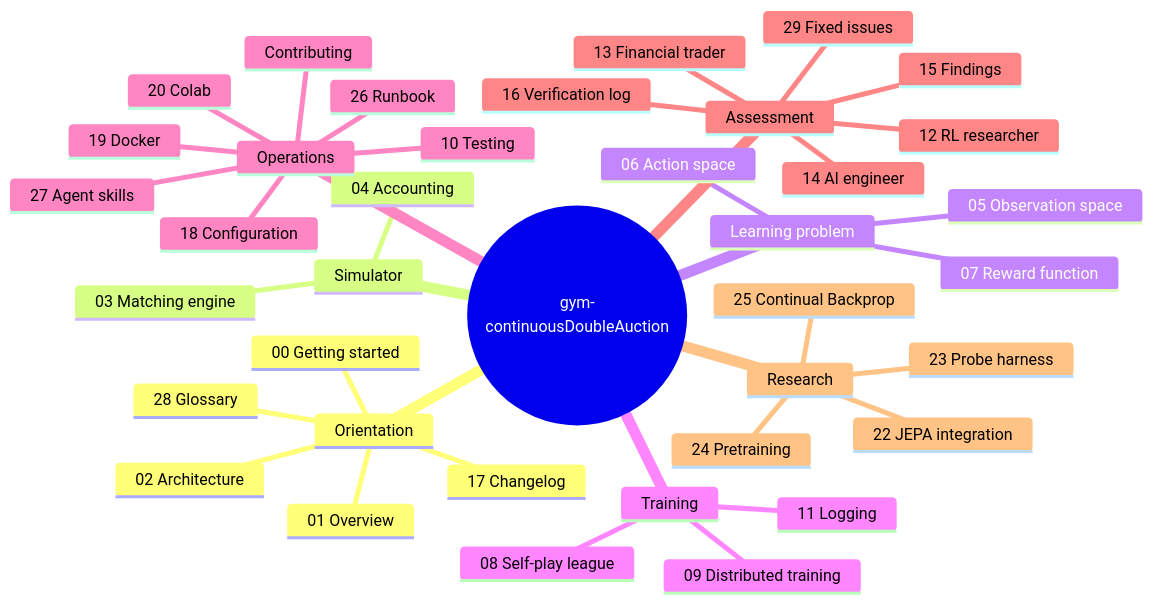
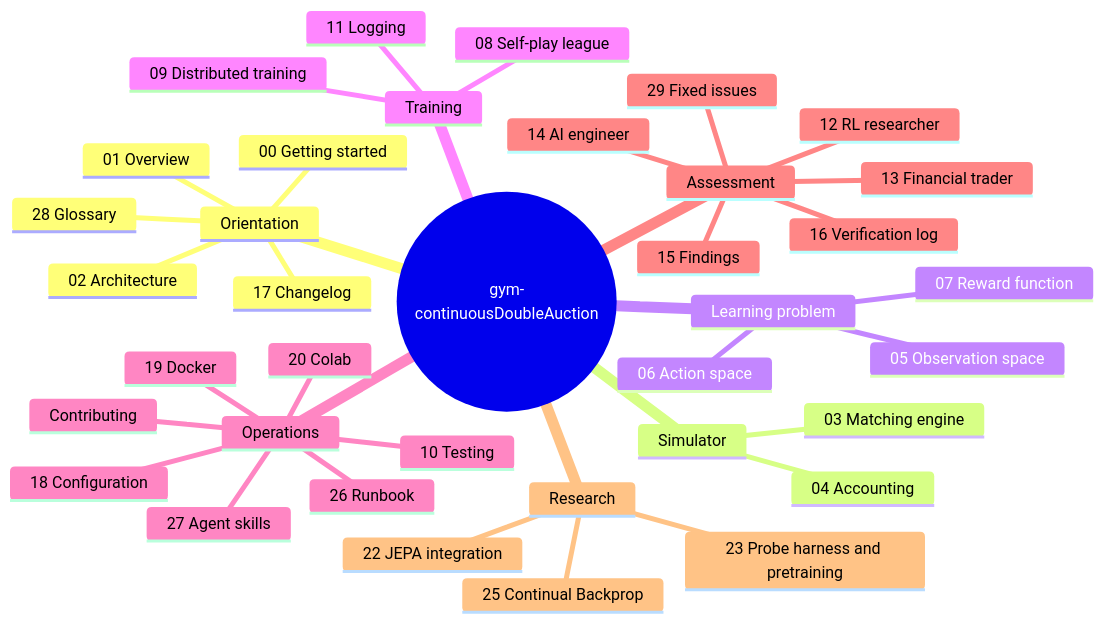
Before and after one commit to ChuaCheowHuan/gym-continuousDoubleAuction: the diagram in docs/map.md, drawn with Mermaid. The commit also changed other lines of this file and 15 other files, not shown here.

````diff
--- a/docs/map.md
+++ b/docs/map.md
@@ -9,41 +9,40 @@
 ```mermaid
 mindmap
   root(("gym-continuousDoubleAuction"))
     Orientation
       00 Getting started
       01 Overview
       02 Architecture
       28 Glossary
       17 Changelog
     Simulator
       03 Matching engine
       04 Accounting
     Learning problem
       05 Observation space
       06 Action space
       07 Reward function
     Training
       08 Self-play league
       09 Distributed training
       11 Logging
     Operations
       26 Runbook
       27 Agent skills
       18 Configuration
       19 Docker
       20 Colab
       10 Testing
       Contributing
     Assessment
       12 RL researcher
       13 Financial trader
       14 AI engineer
       15 Findings
       29 Fixed issues
       16 Verification log
     Research
       22 JEPA integration
-      23 Probe harness
-      24 Pretraining
+      23 Probe harness and pretraining
       25 Continual Backprop
 ```
````
